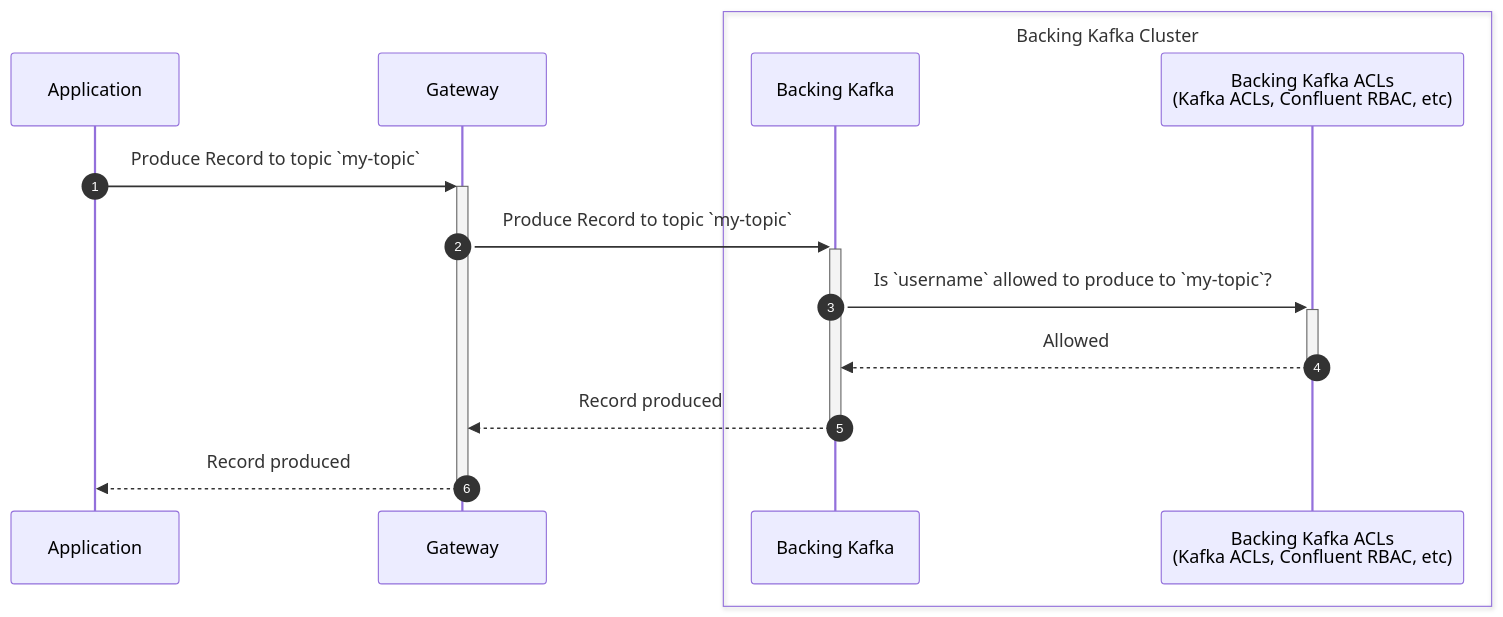
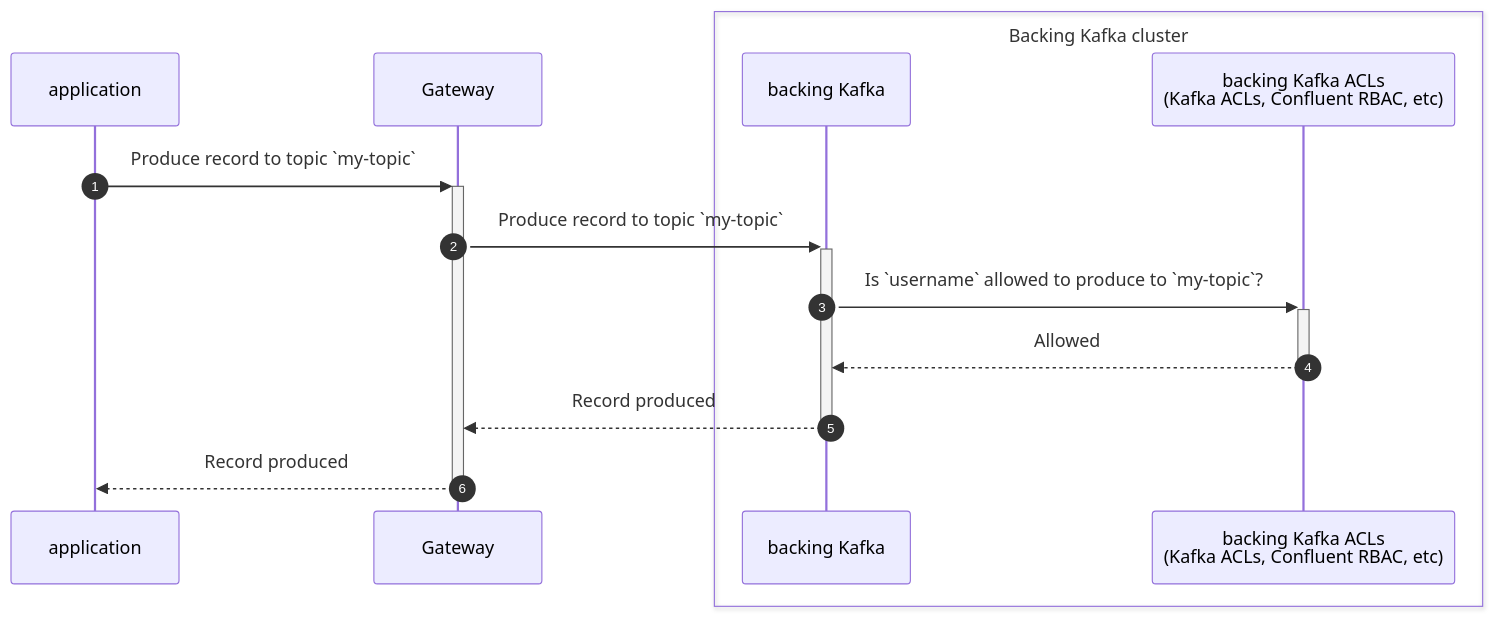
The sixth of 8 diagrams in docs/gateway/configuration/index.md (conduktor/conduktor-docs), drawn with Mermaid before and after one commit. The commit also changed other lines of this file, not shown here.

````diff
--- a/docs/gateway/configuration/index.md
+++ b/docs/gateway/configuration/index.md
@@ -142,18 +154,18 @@
 ```mermaid
 sequenceDiagram
 	autonumber
-	participant A as Application 
+	participant A as application 
     participant GW as Gateway
-    box Backing Kafka Cluster
-    participant K as Backing Kafka 
-    participant K2 as Backing Kafka ACLs<br/>(Kafka ACLs, Confluent RBAC, etc)
+    box Backing Kafka cluster
+    participant K as backing Kafka 
+    participant K2 as backing Kafka ACLs<br/>(Kafka ACLs, Confluent RBAC, etc)
     end
 
-    A->>+GW: Produce Record to topic `my-topic`
-    GW->>+K: Produce Record to topic `my-topic`
+    A->>+GW: Produce record to topic `my-topic`
+    GW->>+K: Produce record to topic `my-topic`
     K->>+K2: Is `username` allowed to produce to `my-topic`?
     K2-->>-K: Allowed
     K-->>-GW: Record produced
     GW-->>-A: Record produced
 
 ```
````
